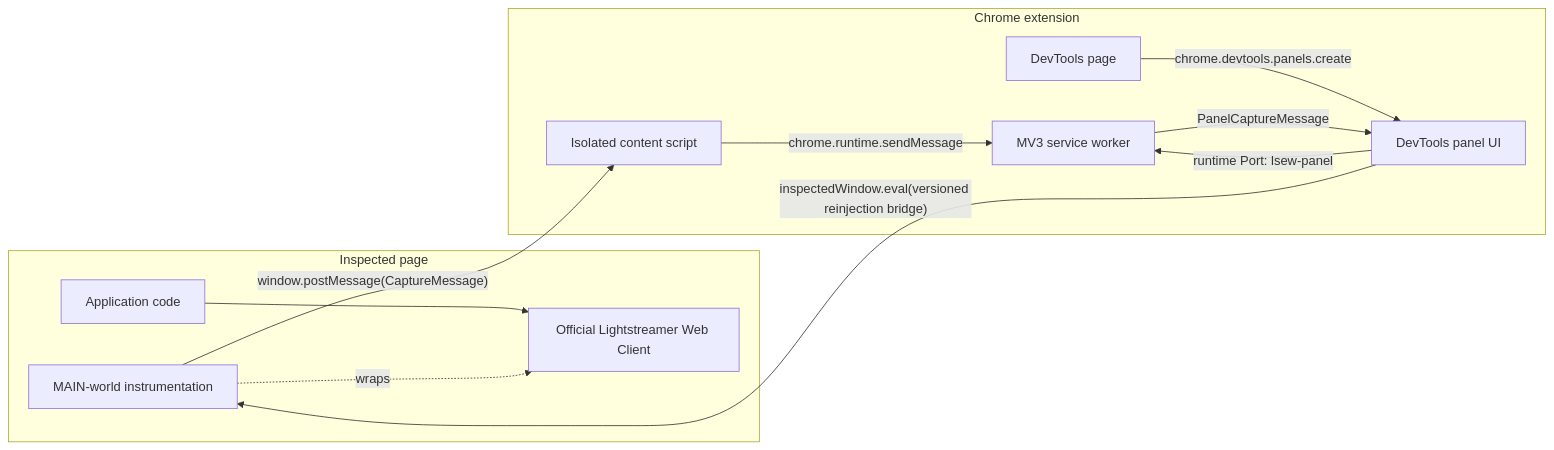
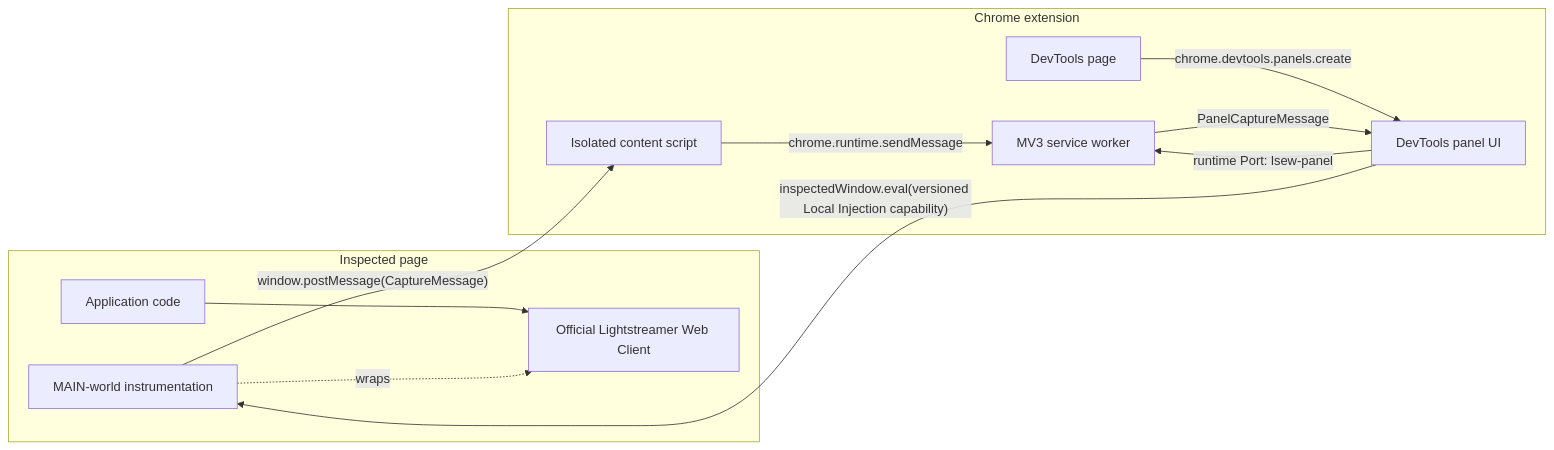
The first of 8 diagrams in docs/ARCHITECTURE.md (imom39a/lightstreamer-workbench-extension), drawn with Mermaid before and after one commit. The commit also changed other lines of this file and 133 other files, not shown here.

````diff
--- a/docs/ARCHITECTURE.md
+++ b/docs/ARCHITECTURE.md
@@ -52,24 +52,24 @@
 ```mermaid
 flowchart LR
   subgraph Page["Inspected page"]
     App["Application code"]
     LS["Official Lightstreamer Web Client"]
     Injected["MAIN-world instrumentation"]
   end
 
   subgraph Extension["Chrome extension"]
     Content["Isolated content script"]
     Background["MV3 service worker"]
     Devtools["DevTools page"]
     Panel["DevTools panel UI"]
   end
 
   App --> LS
   Injected -. wraps .-> LS
   Injected -- "window.postMessage(CaptureMessage)" --> Content
   Content -- "chrome.runtime.sendMessage" --> Background
   Devtools -- "chrome.devtools.panels.create" --> Panel
   Panel -- "runtime Port: lsew-panel" --> Background
   Background -- "PanelCaptureMessage" --> Panel
-  Panel -- "inspectedWindow.eval(versioned reinjection bridge)" --> Injected
+  Panel -- "inspectedWindow.eval(versioned Local Injection capability)" --> Injected
 ```
````
